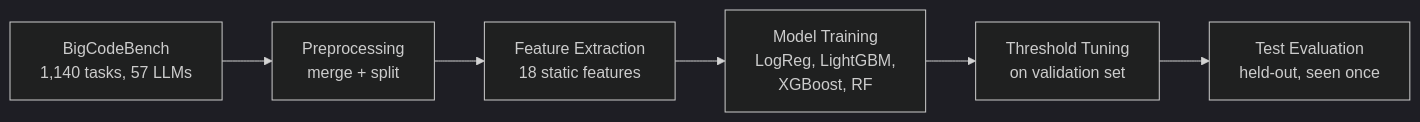
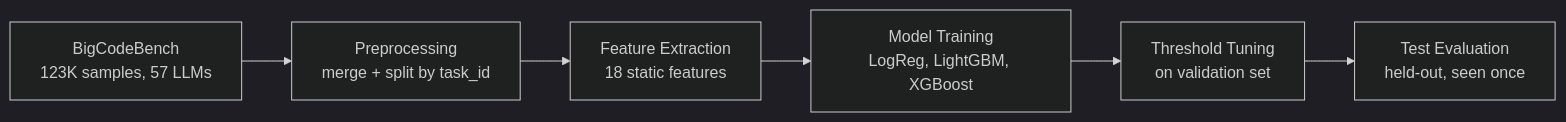
The first of 3 diagrams in README.md (Vihaan8/ml_vibe_check_ai_code_quality), drawn with Mermaid (dark theme) before and after one commit. The commit also changed other lines of this file and 27 other files, not shown here.

````diff
--- a/README.md
+++ b/README.md
@@ -79,8 +79,8 @@
 ```mermaid
 flowchart LR
-    A["BigCodeBench\n1,140 tasks, 57 LLMs"] --> B["Preprocessing\nmerge + split"]
+    A["BigCodeBench\n123K samples, 57 LLMs"] --> B["Preprocessing\nmerge + split by task_id"]
     B --> C["Feature Extraction\n18 static features"]
-    C --> D["Model Training\nLogReg, LightGBM,\nXGBoost, RF"]
+    C --> D["Model Training\nLogReg, LightGBM, XGBoost"]
     D --> E["Threshold Tuning\non validation set"]
     E --> F["Test Evaluation\nheld-out, seen once"]
 ```
````
